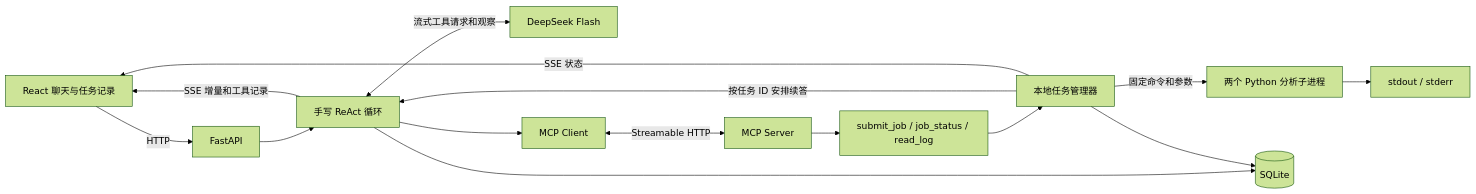
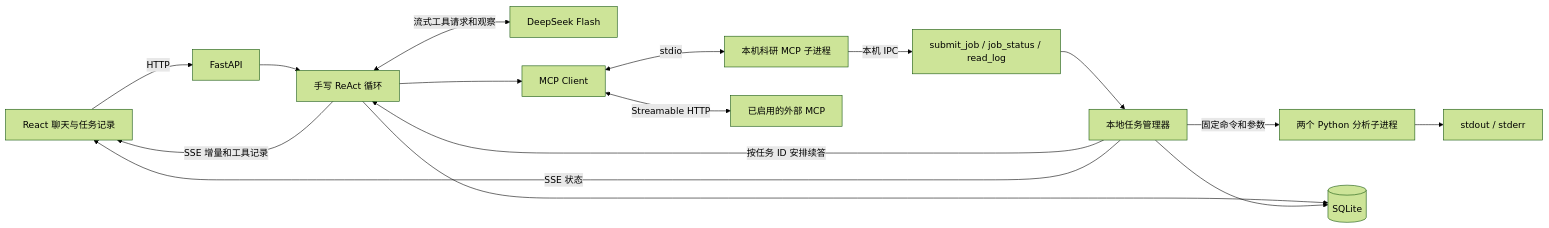
Before and after one commit to bigzzzx/research-task-assistant: the diagram in README.md, drawn with Mermaid (forest theme). The commit also changed other lines of this file and 22 other files, not shown here.

Commit message:
Add stdio research MCP and account extension management

````diff
--- a/README.md
+++ b/README.md
@@ -77,17 +83,18 @@
 ```mermaid
 flowchart LR
     UI["React 聊天与任务记录"] -->|HTTP| API["FastAPI"]
     API --> Agent["手写 ReAct 循环"]
     Agent <-->|流式工具请求和观察| Model["DeepSeek Flash"]
     Agent --> MCPClient["MCP Client"]
-    MCPClient <-->|Streamable HTTP| MCPServer["MCP Server"]
-    MCPServer --> Tools["submit_job / job_status / read_log"]
+    MCPClient <-->|stdio| MCPServer["本机科研 MCP 子进程"]
+    MCPClient <-->|Streamable HTTP| RemoteMCP["已启用的外部 MCP"]
+    MCPServer -->|本机 IPC| Tools["submit_job / job_status / read_log"]
     Tools --> Jobs["本地任务管理器"]
     Jobs -->|固定命令和参数| Python["两个 Python 分析子进程"]
     Python --> Logs["stdout / stderr"]
     Jobs -->|按任务 ID 安排续答| Agent
     Agent --> DB[("SQLite")]
     Jobs --> DB
     Agent -->|SSE 增量和工具记录| UI
     Jobs -->|SSE 状态| UI
 ```
````
